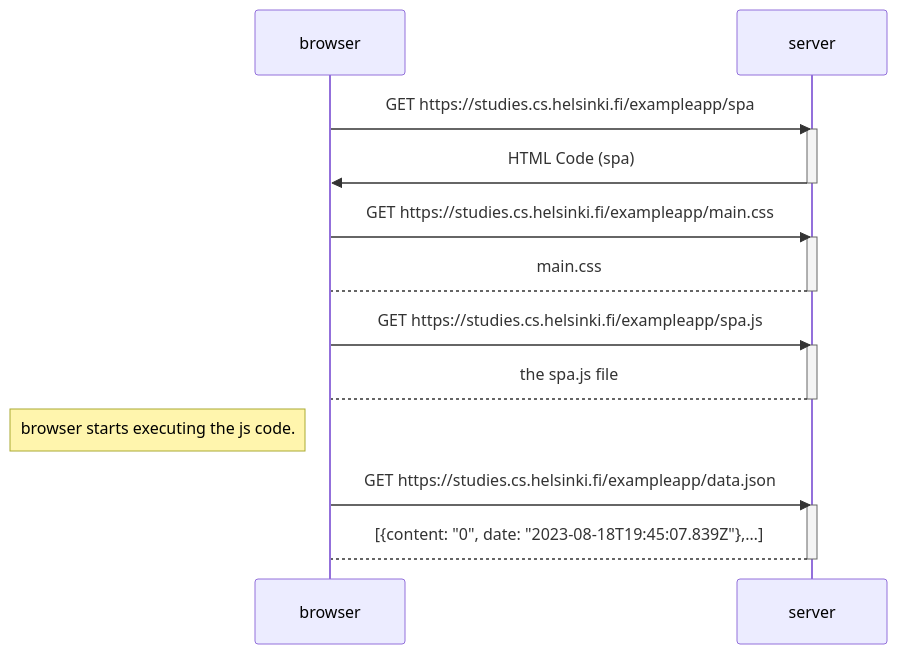
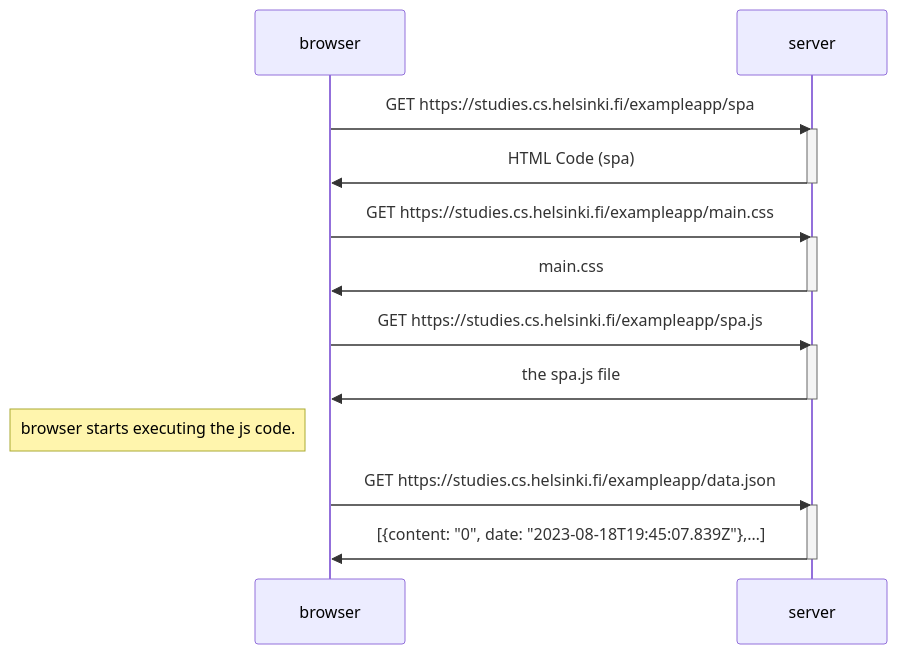
Before and after one commit to AntonBragar/fullstackopen: the diagram in part0/diagram05.mmd, drawn with Mermaid. The commit also changed 6 other files, not shown here.

Commit message:
0.6: Spa Diagram new note

```diff
--- a/part0/diagram05.mmd
+++ b/part0/diagram05.mmd
@@ -1,25 +1,25 @@
 sequenceDiagram
     participant browser
     participant server
 
     browser->>server: GET https://studies.cs.helsinki.fi/exampleapp/spa
     activate server
     server->>browser: HTML Code (spa)
     deactivate server
 
     browser->>server: GET https://studies.cs.helsinki.fi/exampleapp/main.css
     activate server
-    server-->browser: main.css
+    server->>browser: main.css
     deactivate server
 
     browser->>server: GET https://studies.cs.helsinki.fi/exampleapp/spa.js
     activate server
-    server-->browser: the spa.js file
+    server->>browser: the spa.js file
     deactivate server
 
     Note left of browser: browser starts executing the js code.
 
     browser->>server: GET https://studies.cs.helsinki.fi/exampleapp/data.json
     activate server
-    server-->browser: [{content: "0", date: "2023-08-18T19:45:07.839Z"},…]
+    server->>browser: [{content: "0", date: "2023-08-18T19:45:07.839Z"},…]
     deactivate server
```
